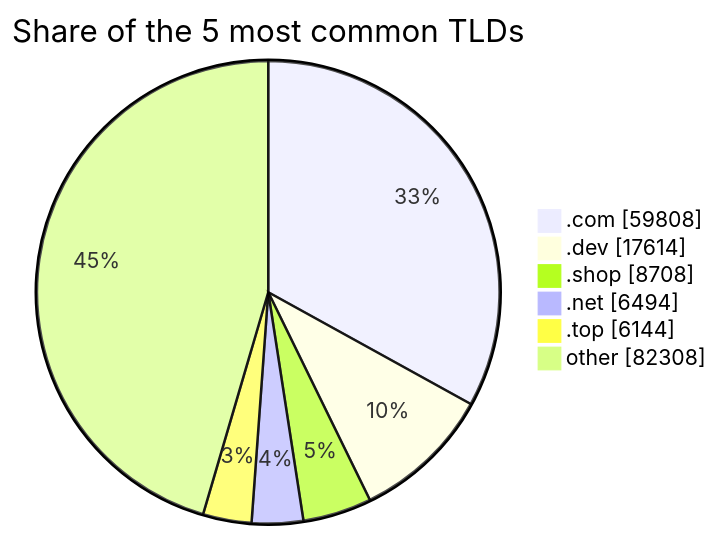
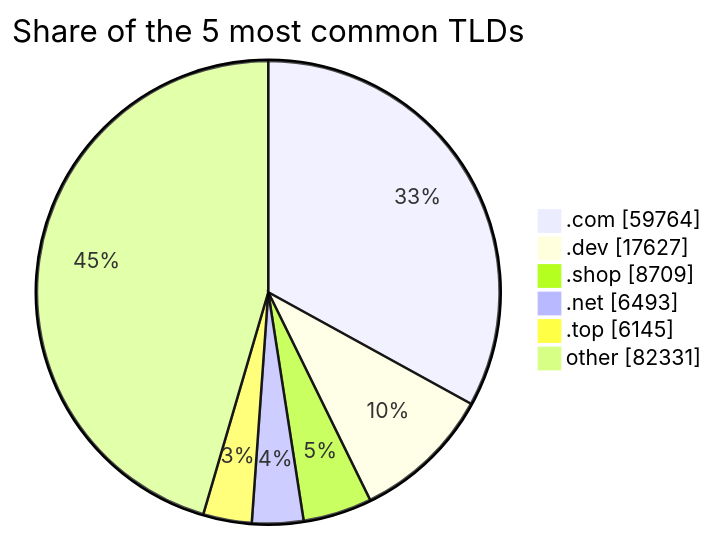
One commit to DNSBunker/CTI changed the third of 3 diagrams in README.md. Above: the diagram before and after it, drawn with Mermaid. The commit also changed other lines of this file and 3 other files, not shown here.

````diff
--- a/README.md
+++ b/README.md
@@ -81,9 +81,9 @@
 ```mermaid
 pie showData title Share of the 5 most common TLDs
-    ".com" : 59808
-    ".dev" : 17614
-    ".shop" : 8708
-    ".net" : 6494
-    ".top" : 6144
-    "other" : 82308
+    ".com" : 59764
+    ".dev" : 17627
+    ".shop" : 8709
+    ".net" : 6493
+    ".top" : 6145
+    "other" : 82331
 ```
````
